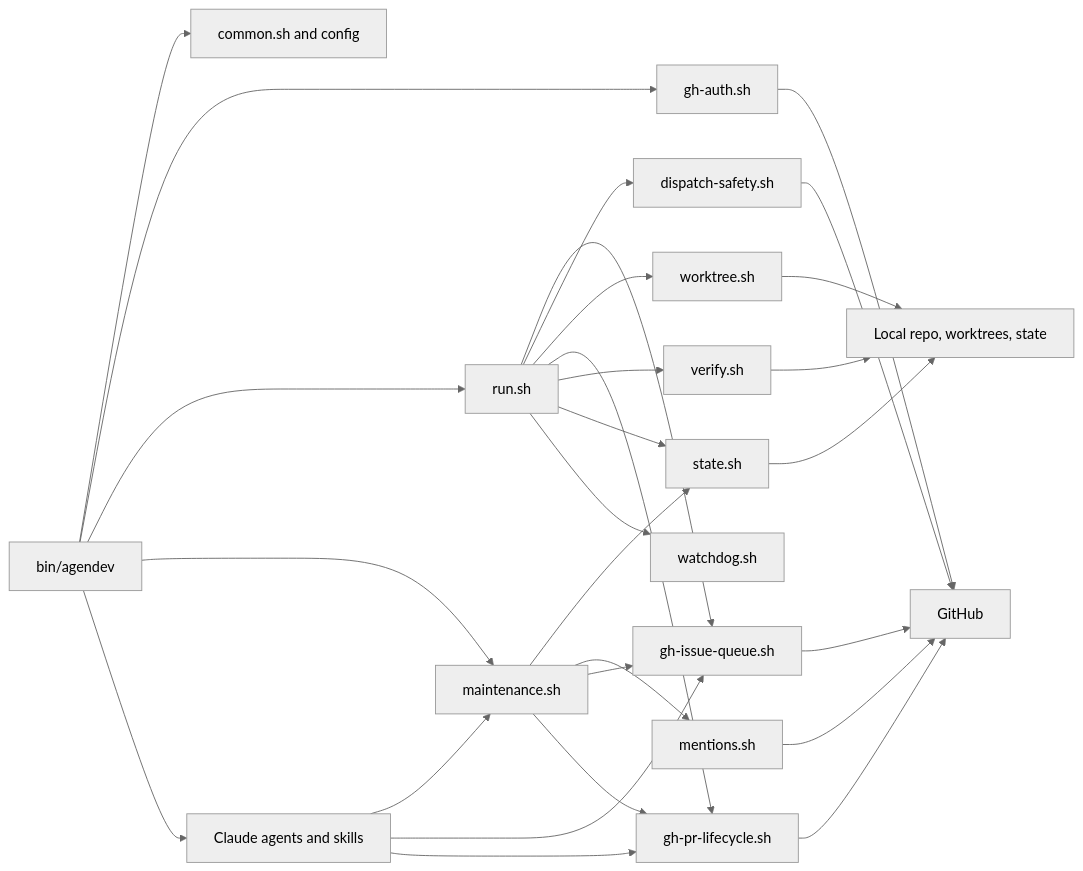
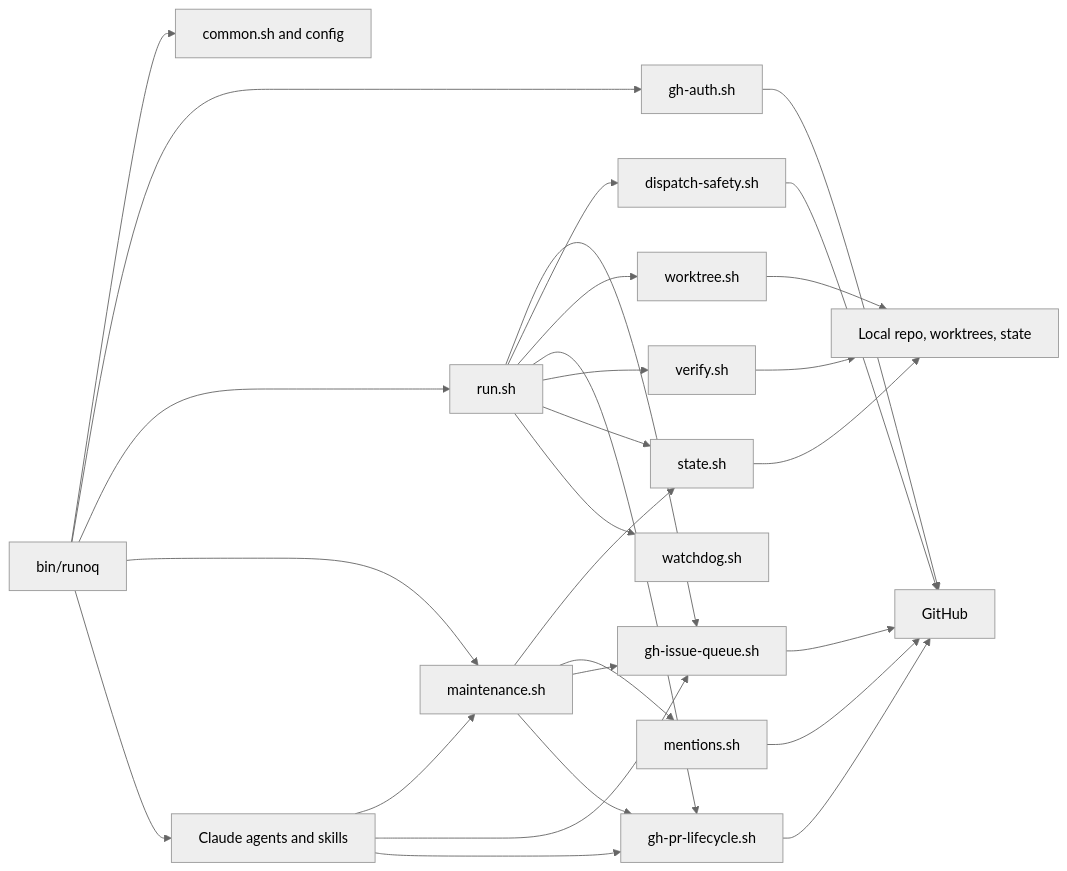
The third of 3 diagrams in docs/architecture/overview.md (morhekil/runoq), drawn with Mermaid (neutral theme) before and after one commit. The commit also changed other lines of this file and 98 other files, not shown here.

Commit message:
rebranding from agendev to runoq

````diff
--- a/docs/architecture/overview.md
+++ b/docs/architecture/overview.md
@@ -82,47 +82,47 @@
 ```mermaid
 flowchart LR
-  cli[bin/agendev]
+  cli[bin/runoq]
   common[common.sh and config]
   auth[gh-auth.sh]
   queue[gh-issue-queue.sh]
   safety[dispatch-safety.sh]
   worktree[worktree.sh]
   pr[gh-pr-lifecycle.sh]
   run[run.sh]
   verify[verify.sh]
   state[state.sh]
   maint[maintenance.sh]
   mentions[mentions.sh]
   watchdog[watchdog.sh]
   agents[Claude agents and skills]
   github[GitHub]
   fs[Local repo, worktrees, state]
 
   cli --> common
   cli --> auth
   cli --> run
   cli --> maint
   cli --> agents
   run --> queue
   run --> safety
   run --> worktree
   run --> pr
   run --> verify
   run --> state
   run --> watchdog
   maint --> state
   maint --> mentions
   maint --> queue
   maint --> pr
   agents --> maint
   agents --> queue
   agents --> pr
   queue --> github
   safety --> github
   pr --> github
   mentions --> github
   auth --> github
   worktree --> fs
   state --> fs
   verify --> fs
 ```
````
